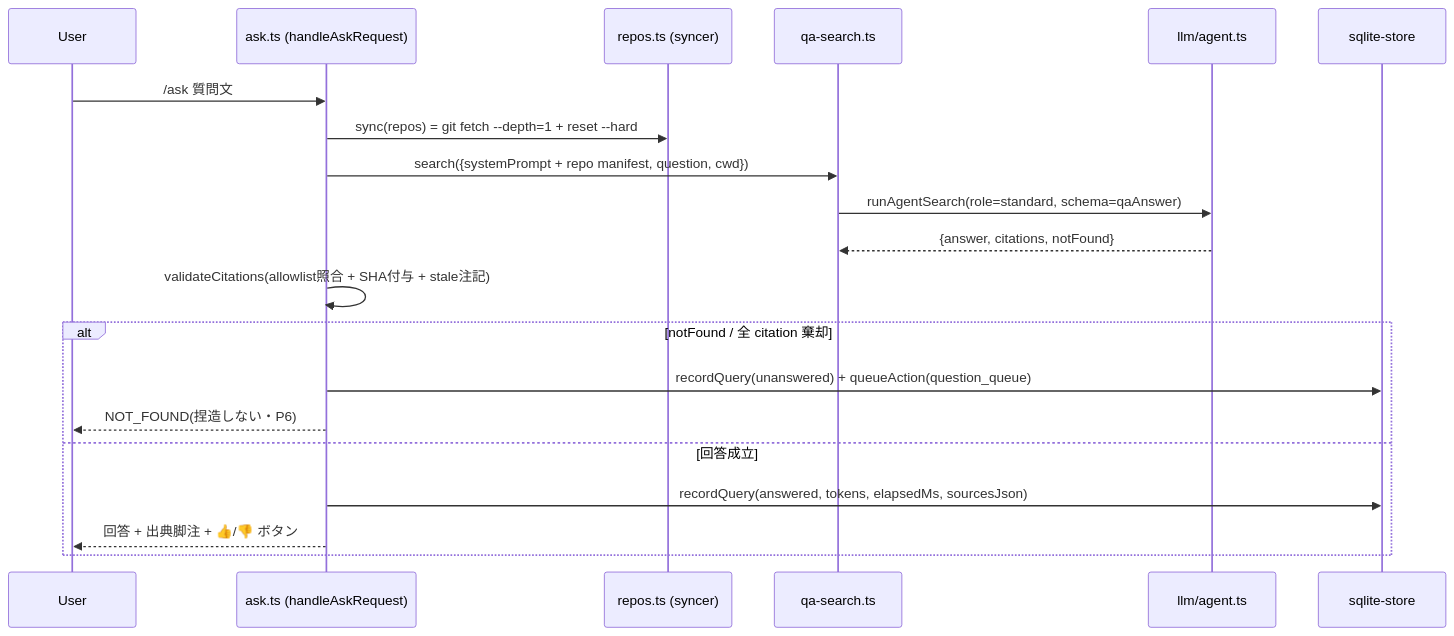
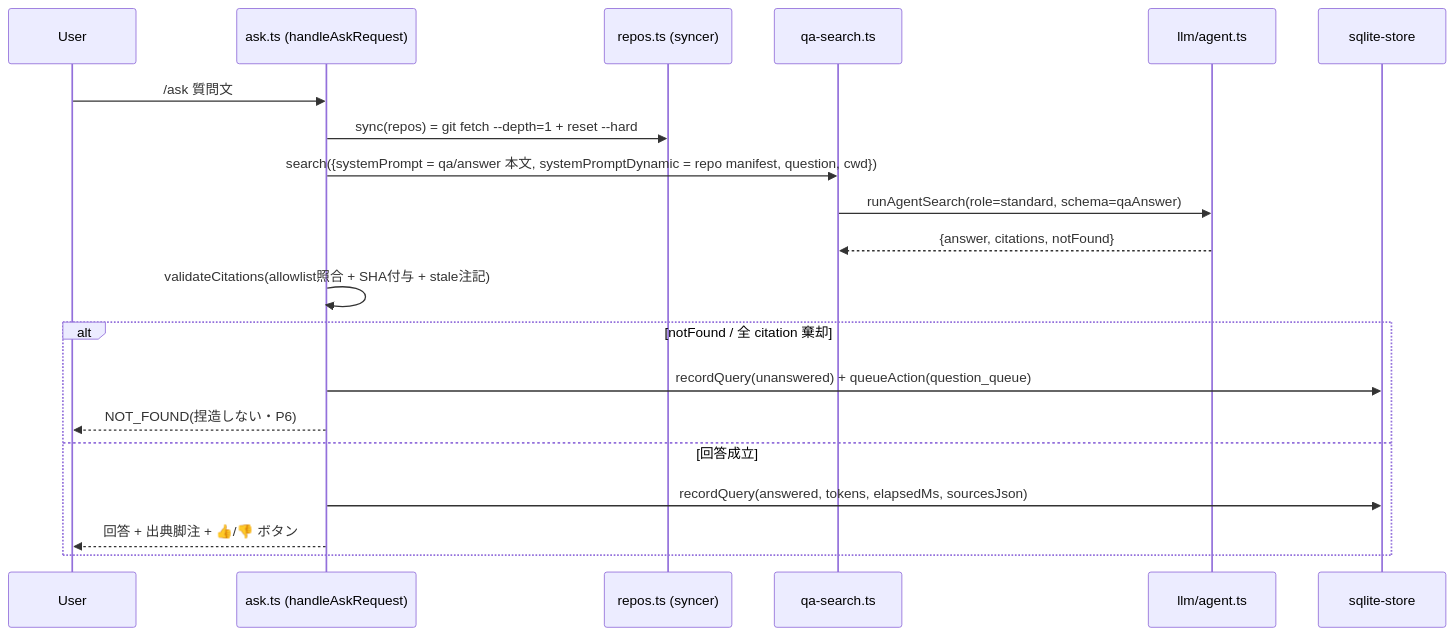
Before and after one commit to nekogami6666/knowledge-platform: the seventh of 15 diagrams in docs/architecture.md, drawn with Mermaid. The commit also changed other lines of this file and 13 other files, not shown here.

First line of the commit message:
perf(ask): 検索の内訳計測・回答プロンプト v8・キャッシュに効く system prompt 順序 (#181)

````diff
--- a/docs/architecture.md
+++ b/docs/architecture.md
@@ -272,22 +272,22 @@
 ```mermaid
 sequenceDiagram
     participant U as User
     participant AK as ask.ts (handleAskRequest)
     participant SY as repos.ts (syncer)
     participant QS as qa-search.ts
     participant AG as llm/agent.ts
     participant ST as sqlite-store
     U->>AK: /ask 質問文
     AK->>SY: sync(repos) = git fetch --depth=1 + reset --hard
-    AK->>QS: search({systemPrompt + repo manifest, question, cwd})
+    AK->>QS: search({systemPrompt = qa/answer 本文, systemPromptDynamic = repo manifest, question, cwd})
     QS->>AG: runAgentSearch(role=standard, schema=qaAnswer)
     AG-->>QS: {answer, citations, notFound}
     AK->>AK: validateCitations(allowlist照合 + SHA付与 + stale注記)
     alt notFound / 全 citation 棄却
         AK->>ST: recordQuery(unanswered) + queueAction(question_queue)
         AK-->>U: NOT_FOUND(捏造しない・P6)
     else 回答成立
         AK->>ST: recordQuery(answered, tokens, elapsedMs, sourcesJson)
         AK-->>U: 回答 + 出典脚注 + 👍/👎 ボタン
     end
 ```
````
